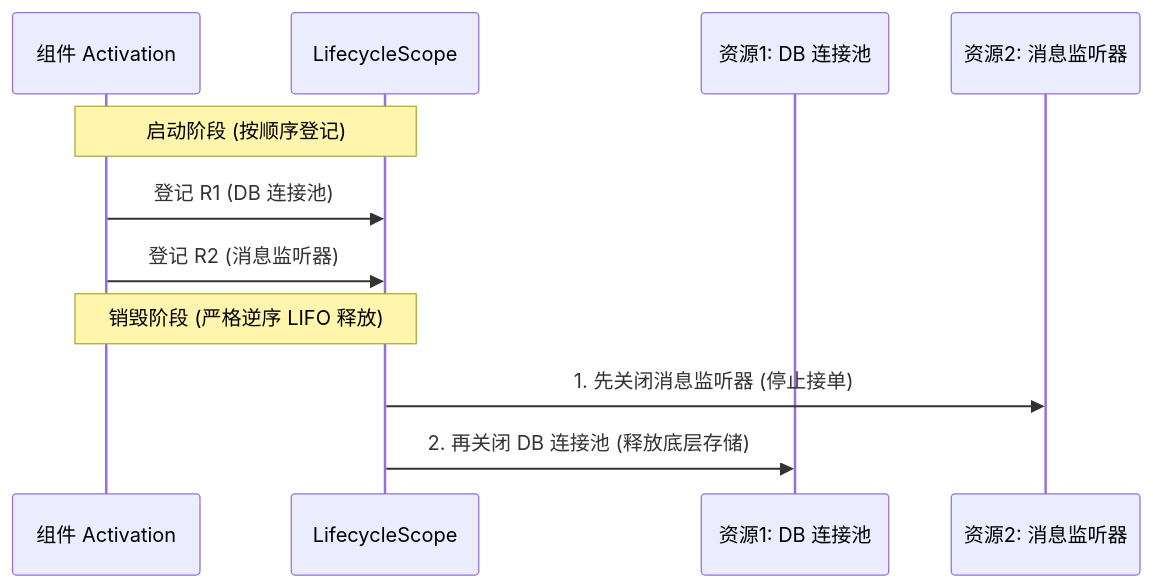
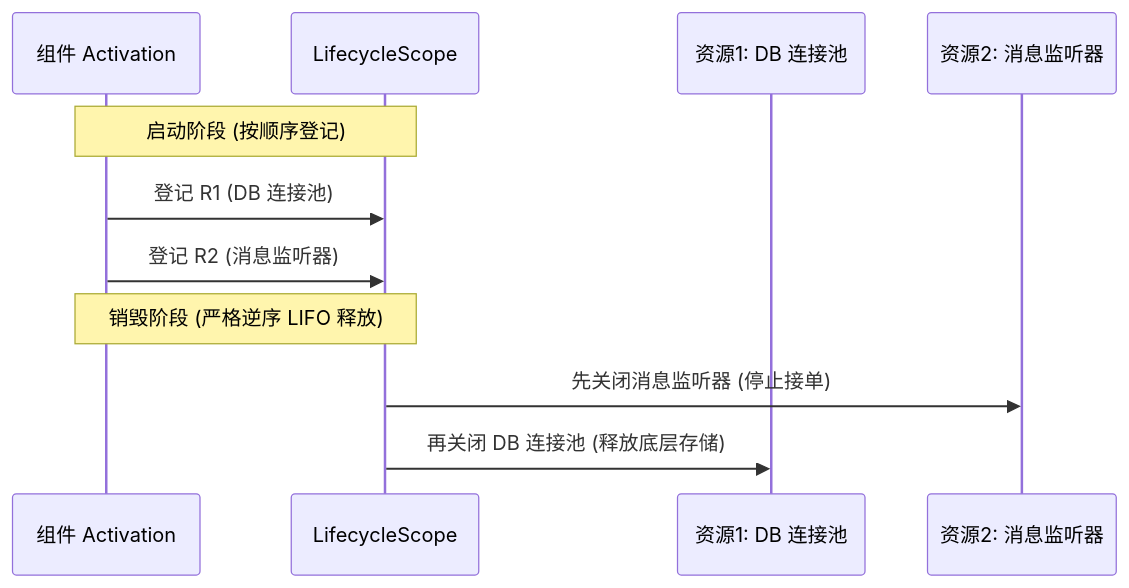
The fourth of 5 diagrams in docs/Knotra API 与集成指南.md (fjay/knotra), drawn with Mermaid before and after one commit. The commit also changed other lines of this file and 7 other files, not shown here.

````diff
--- a/docs/Knotra API 与集成指南.md
+++ b/docs/Knotra API 与集成指南.md
@@ -194,15 +194,15 @@
 ```mermaid
 sequenceDiagram
     participant Act as 组件 Activation
     participant Scope as LifecycleScope
     participant R1 as 资源1: DB 连接池
     participant R2 as 资源2: 消息监听器
 
     Note over Act,Scope: 启动阶段 (按顺序登记)
     Act->>Scope: 登记 R1 (DB 连接池)
     Act->>Scope: 登记 R2 (消息监听器)
 
     Note over Act,Scope: 销毁阶段 (严格逆序 LIFO 释放)
-    Scope->>R2: 1. 先关闭消息监听器 (停止接单)
-    Scope->>R1: 2. 再关闭 DB 连接池 (释放底层存储)
+    Scope->>R2: 先关闭消息监听器 (停止接单)
+    Scope->>R1: 再关闭 DB 连接池 (释放底层存储)
 ```
````
